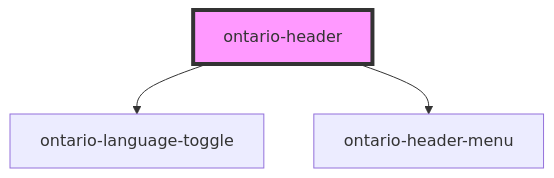
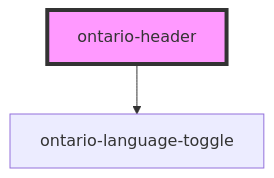
Before and after one commit to ongov/ontario-design-system: the diagram in packages/ontario-design-system-component-library/src/components/ontario-header/readme.md, drawn with Mermaid. The commit also changed other lines of this file and 5 other files, not shown here.

````diff
--- a/packages/ontario-design-system-component-library/src/components/ontario-header/readme.md
+++ b/packages/ontario-design-system-component-library/src/components/ontario-header/readme.md
@@ -312,6 +311,5 @@
 ```mermaid
 graph TD;
   ontario-header --> ontario-language-toggle
-  ontario-header --> ontario-header-menu
   style ontario-header fill:#f9f,stroke:#333,stroke-width:4px
 ```
````
